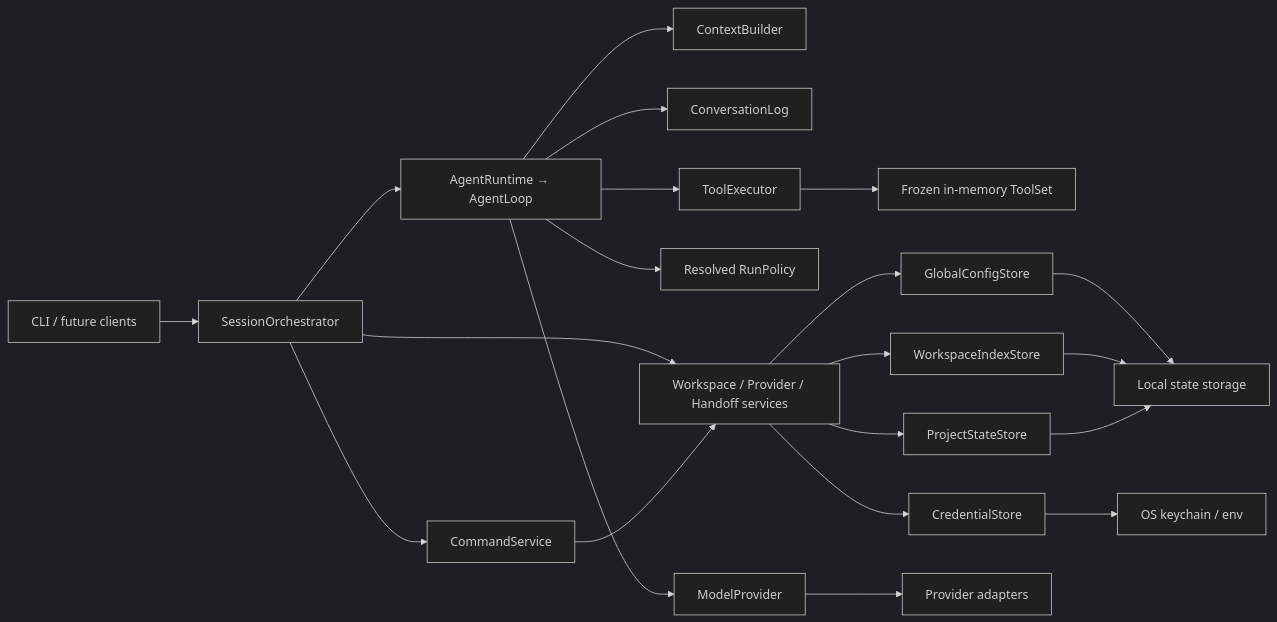
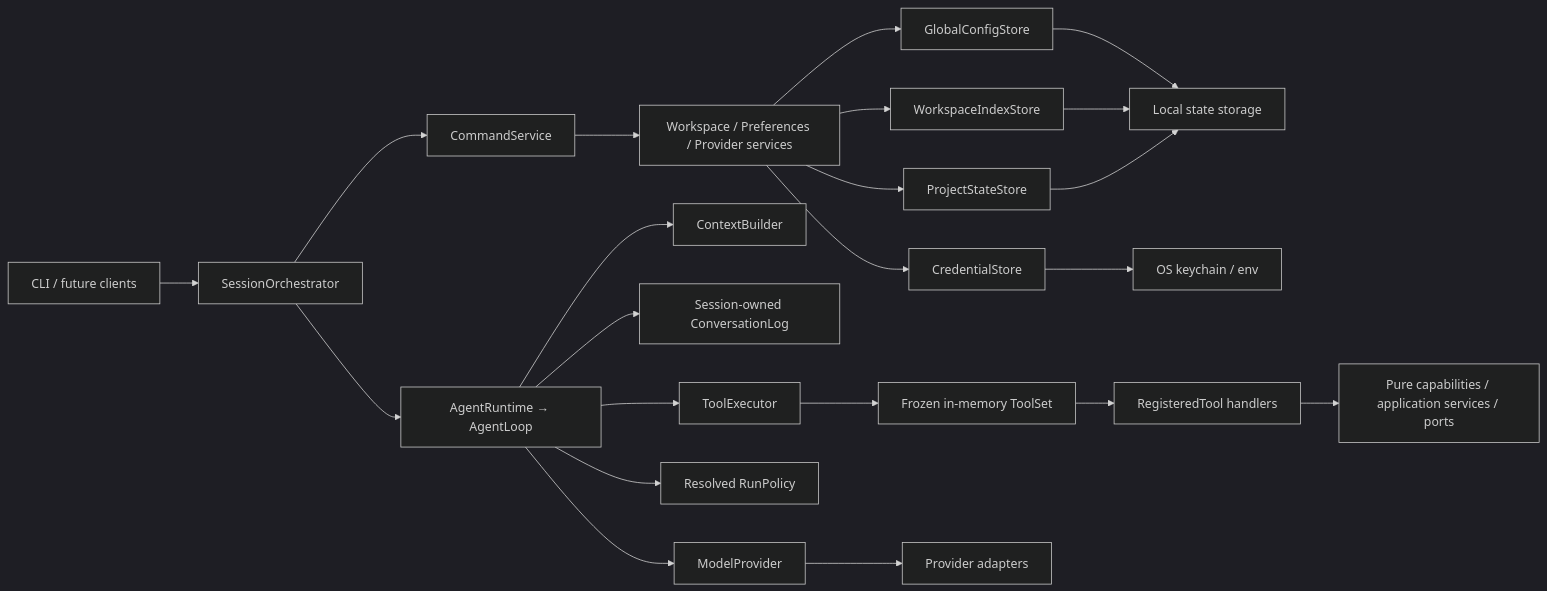
One commit to Maxuix/morrow-agent changed the diagram in docs/ARCHITECTURE.md. Above: the diagram before and after it, drawn with Mermaid (dark theme). The commit also changed other lines of this file and 53 other files, not shown here.

````diff
--- a/docs/ARCHITECTURE.md
+++ b/docs/ARCHITECTURE.md
@@ -20,23 +10,24 @@
 ```mermaid
 flowchart LR
     UI["CLI / future clients"] --> ORCH["SessionOrchestrator"]
     ORCH --> COMMAND["CommandService"]
     ORCH --> RUNTIME["AgentRuntime → AgentLoop"]
     RUNTIME --> CONTEXT["ContextBuilder"]
-    RUNTIME --> LOG["ConversationLog"]
+    RUNTIME --> LOG["Session-owned ConversationLog"]
     RUNTIME --> EXECUTOR["ToolExecutor"]
     EXECUTOR --> TOOLSET["Frozen in-memory ToolSet"]
+    TOOLSET --> HANDLER["RegisteredTool handlers"]
+    HANDLER --> CAPABILITY["Pure capabilities / application services / ports"]
     RUNTIME --> POLICY["Resolved RunPolicy"]
-    ORCH --> SERVICE["Workspace / Provider / Handoff services"]
-    COMMAND --> SERVICE
     RUNTIME --> PROVIDER["ModelProvider"]
-    SERVICE --> GLOBAL["GlobalConfigStore"]
-    SERVICE --> INDEX["WorkspaceIndexStore"]
-    SERVICE --> STATE["ProjectStateStore"]
-    SERVICE --> CREDENTIAL["CredentialStore"]
+    COMMAND --> SERVICES["Workspace / Preferences / Provider services"]
+    SERVICES --> GLOBAL["GlobalConfigStore"]
+    SERVICES --> INDEX["WorkspaceIndexStore"]
+    SERVICES --> STATE["ProjectStateStore"]
+    SERVICES --> CREDENTIAL["CredentialStore"]
     PROVIDER --> ADAPTER["Provider adapters"]
     GLOBAL --> STORAGE["Local state storage"]
     INDEX --> STORAGE
-    STATE --> STORAGE["Local state storage"]
+    STATE --> STORAGE
     CREDENTIAL --> KEYCHAIN["OS keychain / env"]
 ```
````
